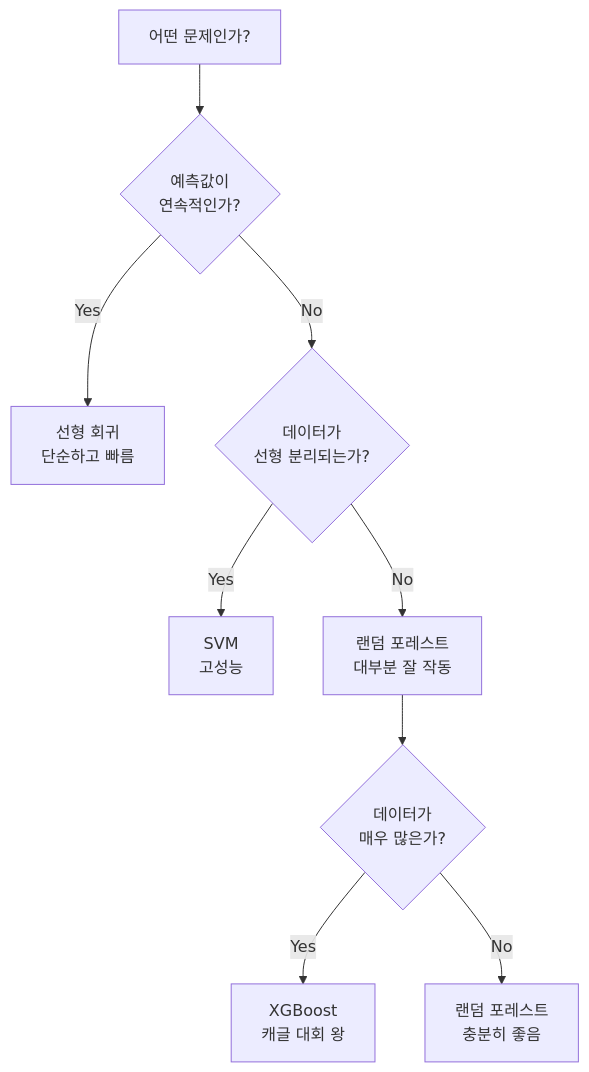
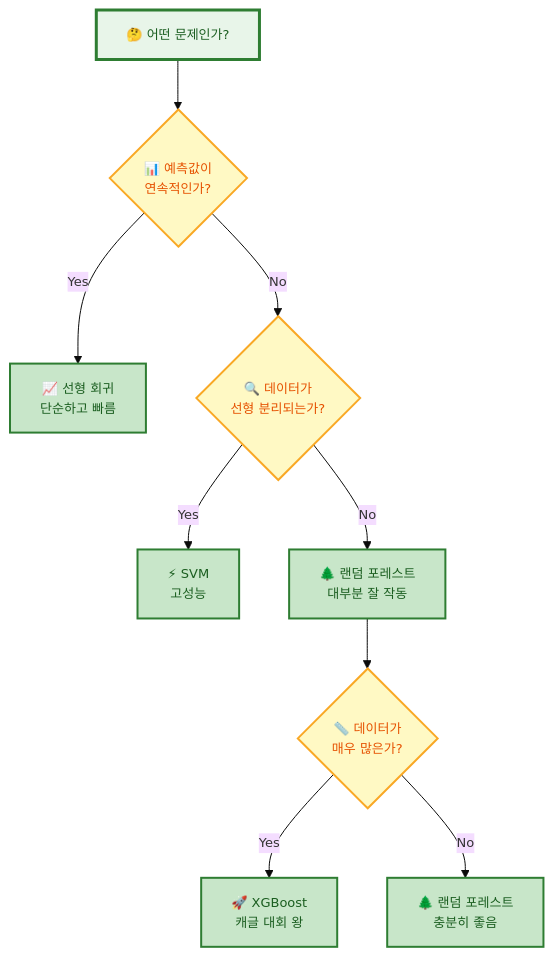
One commit to jingu279/Document changed the eighth of 19 diagrams in ai-programming/README.md. Above: the diagram before and after it, drawn with Mermaid. The commit also changed other lines of this file, not shown here.

First line of the commit message:
README Mermaid 다이어그램 스타일링 개선

````diff
--- a/ai-programming/README.md
+++ b/ai-programming/README.md
@@ -208,12 +294,33 @@
 ```mermaid
+%%{init: {'theme': 'base', 'themeVariables': {'fontSize': '13px'}}}%%
 flowchart TB
-  Problem["어떤 문제인가?"] --> Regression{"예측값이<br>연속적인가?"}
-  Regression -->|"Yes"| Linear["선형 회귀<br/>단순하고 빠름"]
-  Regression -->|"No"| Classify{"데이터가<br/>선형 분리되는가?"}
+  Problem["🤔 어떤 문제인가?"]
+  Regression{"📊 예측값이<br/>연속적인가?"}
+  Linear["📈 선형 회귀<br/>단순하고 빠름"]
+  Classify{"🔍 데이터가<br/>선형 분리되는가?"}
 
-  Classify -->|"Yes"| SVM2["SVM<br/>고성능"]
-  Classify -->|"No"| Tree["랜덤 포레스트<br/>대부분 잘 작동"]
-  Tree --> DeepCheck{"데이터가<br/>매우 많은가?"}
-  DeepCheck -->|"Yes"| XGB["XGBoost<br/>캐글 대회 왕"]
-  DeepCheck -->|"No"| RF["랜덤 포레스트<br/>충분히 좋음"]
+  Problem --> Regression
+  Regression -->|Yes| Linear
+  Regression -->|No| Classify
+
+  SVM2["⚡ SVM<br/>고성능"]
+  Tree["🌲 랜덤 포레스트<br/>대부분 잘 작동"]
+
+  Classify -->|Yes| SVM2
+  Classify -->|No| Tree
+
+  DeepCheck{"📏 데이터가<br/>매우 많은가?"}
+  XGB["🚀 XGBoost<br/>캐글 대회 왕"]
+  RF["🌲 랜덤 포레스트<br/>충분히 좋음"]
+
+  Tree --> DeepCheck
+  DeepCheck -->|Yes| XGB
+  DeepCheck -->|No| RF
+
+  classDef start fill:#e8f5e9,stroke:#2e7d32,stroke-width:3px,color:#1b5e20
+  classDef decision fill:#fff9c4,stroke:#f9a825,stroke-width:2px,color:#e65100
+  classDef model fill:#c8e6c9,stroke:#2e7d32,stroke-width:2px,color:#1b5e20
+  class Problem start
+  class Regression,Classify,DeepCheck decision
+  class Linear,SVM2,Tree,XGB,RF model
 ```
````
